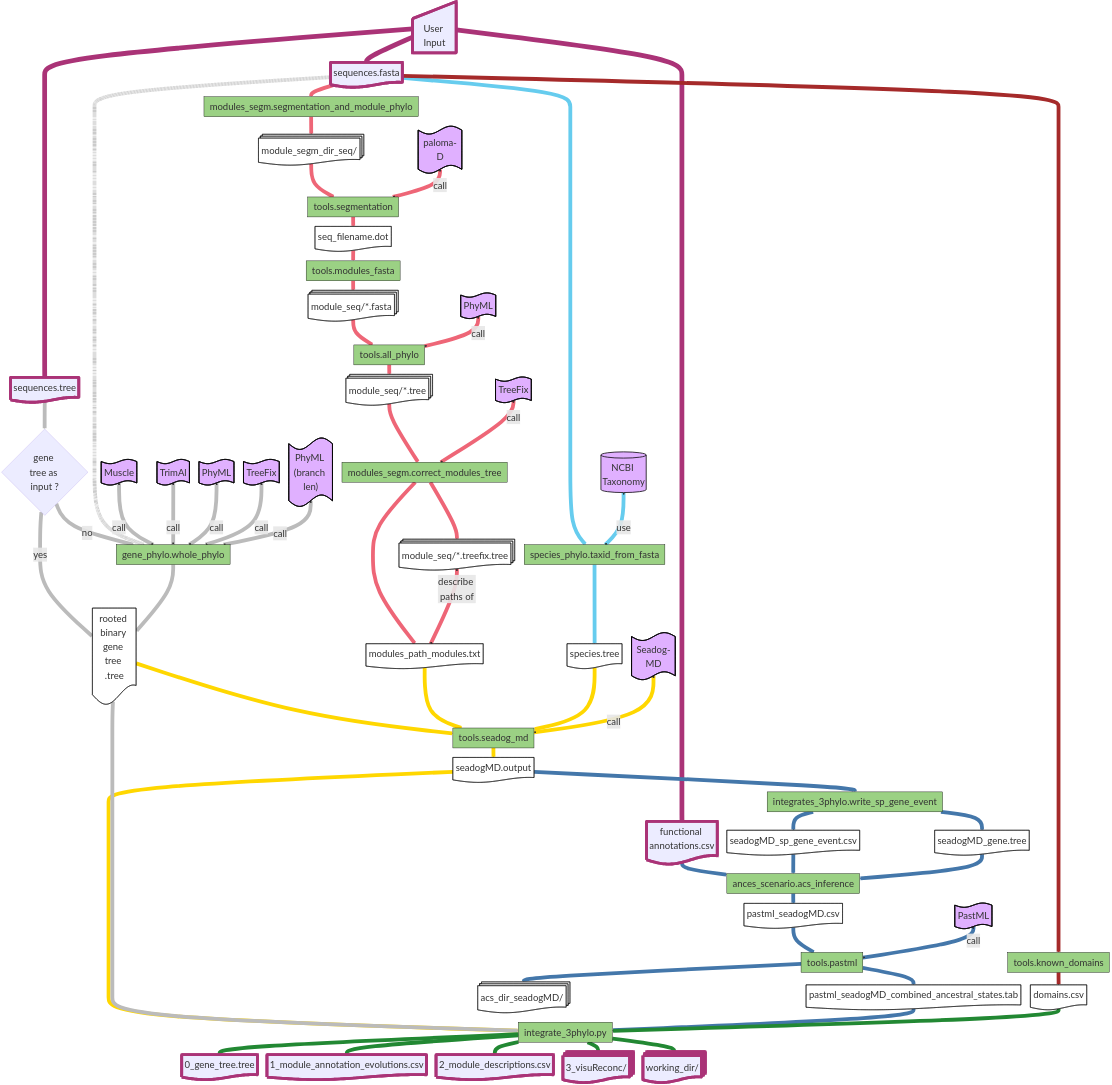
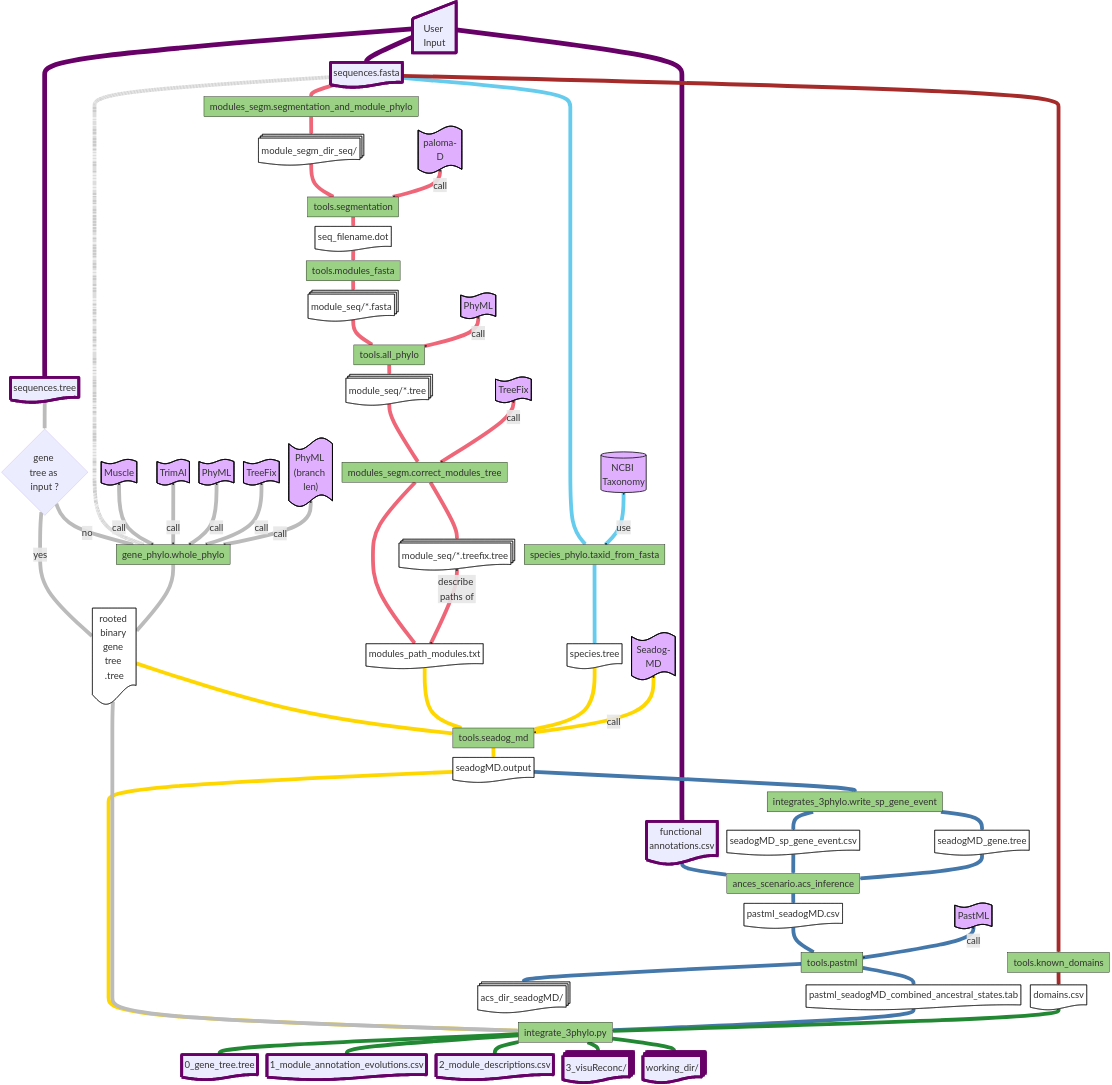
Before and after one commit to OcMalde/fuse-phylotree: the diagram in README.md, drawn with Mermaid.

Commit message:
a darker purple

```diff
--- a/README.md
+++ b/README.md
@@ -94,9 +94,9 @@
 i1 --> i5@{ shape: docs, label: "3_visuReconc/" }
 i1 --> i6@{ shape: docs, label: "working_dir/" }
 
-linkStyle 0 stroke:#AA3377, stroke-width:25px
-linkStyle 1 stroke:#AA3377, stroke-width:25px
-linkStyle 2 stroke:#AA3377, stroke-width:25px
+linkStyle 0 stroke:#670067, stroke-width:25px
+linkStyle 1 stroke:#670067, stroke-width:25px
+linkStyle 2 stroke:#670067, stroke-width:25px
 linkStyle 3 stroke:#EE6677, stroke-width:20px
 linkStyle 4 stroke:#EE6677, stroke-width:20px
 linkStyle 5 stroke:#EE6677, stroke-width:20px
@@ -159,7 +159,7 @@
 classDef files fill:#fff,stroke:#000,stroke-width:2px;
 class m2,m4,m7,m12,m13,m14,g2,s3,r3,r5,r6,a2,a5,a6,d2 files
 
-classDef input stroke:#AA3377,stroke-width:15px;
+classDef input stroke:#670067,stroke-width:15px;
 class U,A,B,C,i2,i3,i4,i5,i6 input
 
 classDef scripts fill:#9BD184,stroke:#000,stroke-width:2px;
```
